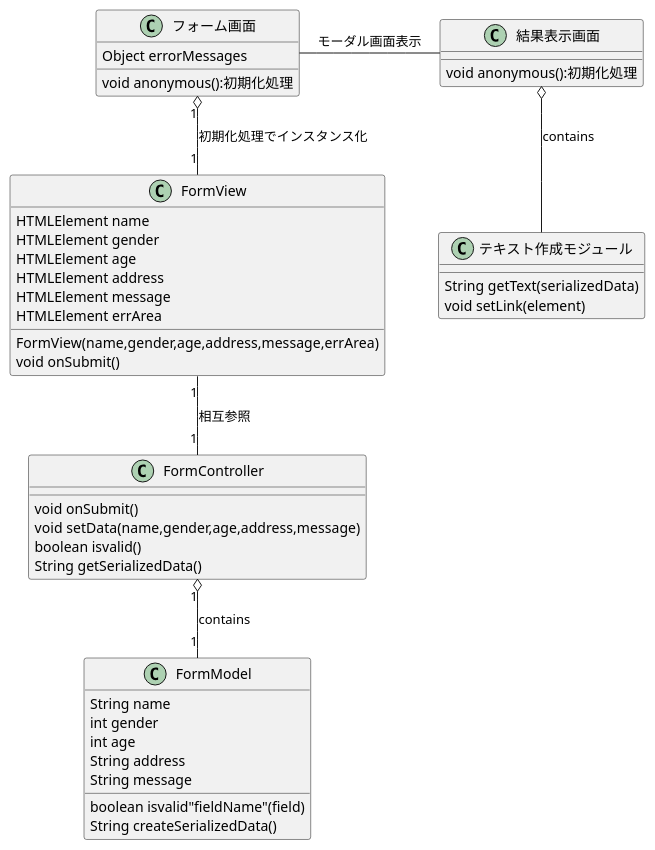
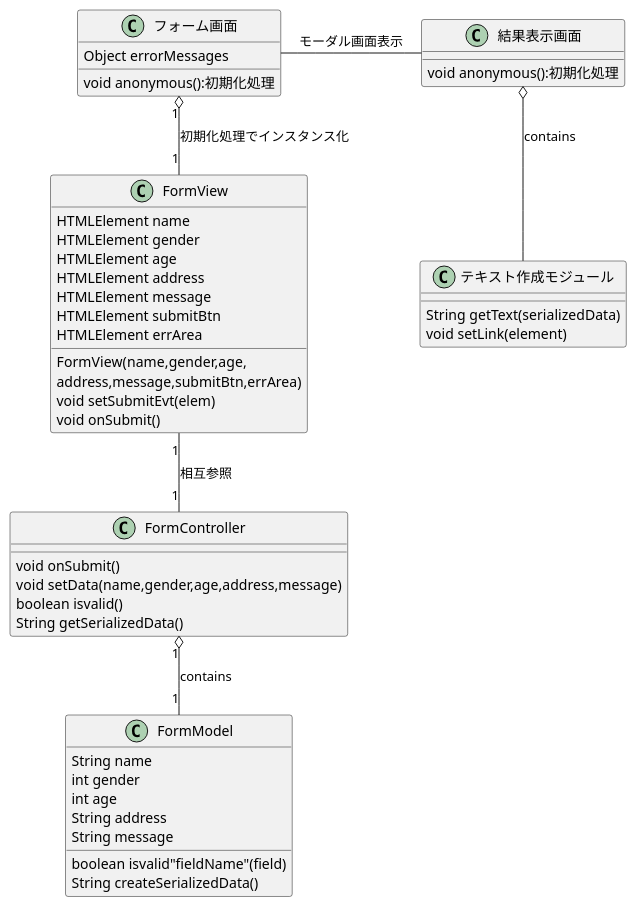
Before and after one commit to dede-20191130/send-contact-form: the diagram in docs/class/class.pu, drawn with PlantUML.

Commit message:
add setSubmitEvt

```diff
--- a/docs/class/class.pu
+++ b/docs/class/class.pu
@@ -2,49 +2,51 @@
 @startuml class diagram
 class "フォーム画面" as fmSc{
     Object errorMessages
     void anonymous():初期化処理
 }
 class "FormView" as fv{
     HTMLElement name
     HTMLElement gender
     HTMLElement age
     HTMLElement address
     HTMLElement message
+    HTMLElement submitBtn
     HTMLElement errArea
-    FormView(name,gender,age,address,message,errArea)
+    FormView(name,gender,age,\naddress,message,submitBtn,errArea)
+    void setSubmitEvt(elem)
     void onSubmit()
 }
 class "FormController" as fc{
     void onSubmit()
     void setData(name,gender,age,address,message)
     boolean isvalid()
     String getSerializedData()
 }
 class "FormModel" as fm{
     String name
     int gender
     int age
     String address
     String message
     boolean isvalid"fieldName"(field)
     String createSerializedData()
 }
 class "結果表示画面" as rsltSc{
     void anonymous():初期化処理
 }
 class "テキスト作成モジュール" as crtTxt{
     String getText(serializedData)
     void setLink(element)
 }
 
 fmSc "1" o-- "1" fv  : 初期化処理でインスタンス化
 fv "1" -- "1" fc  : 相互参照
 fc "1" o-- "1" fm  : contains
 
 fmSc  -  rsltSc : モーダル画面表示
 rsltSc  o-- crtTxt   : contains
 
 
 
 
 @enduml
```
